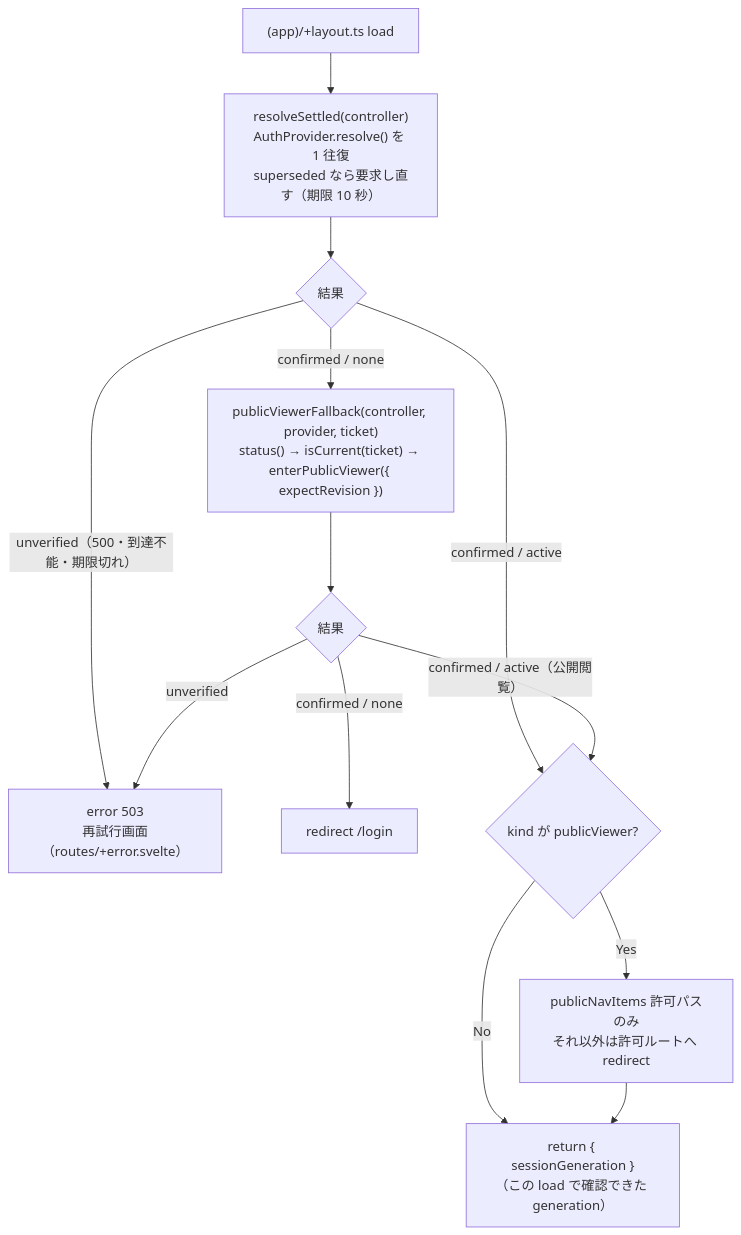
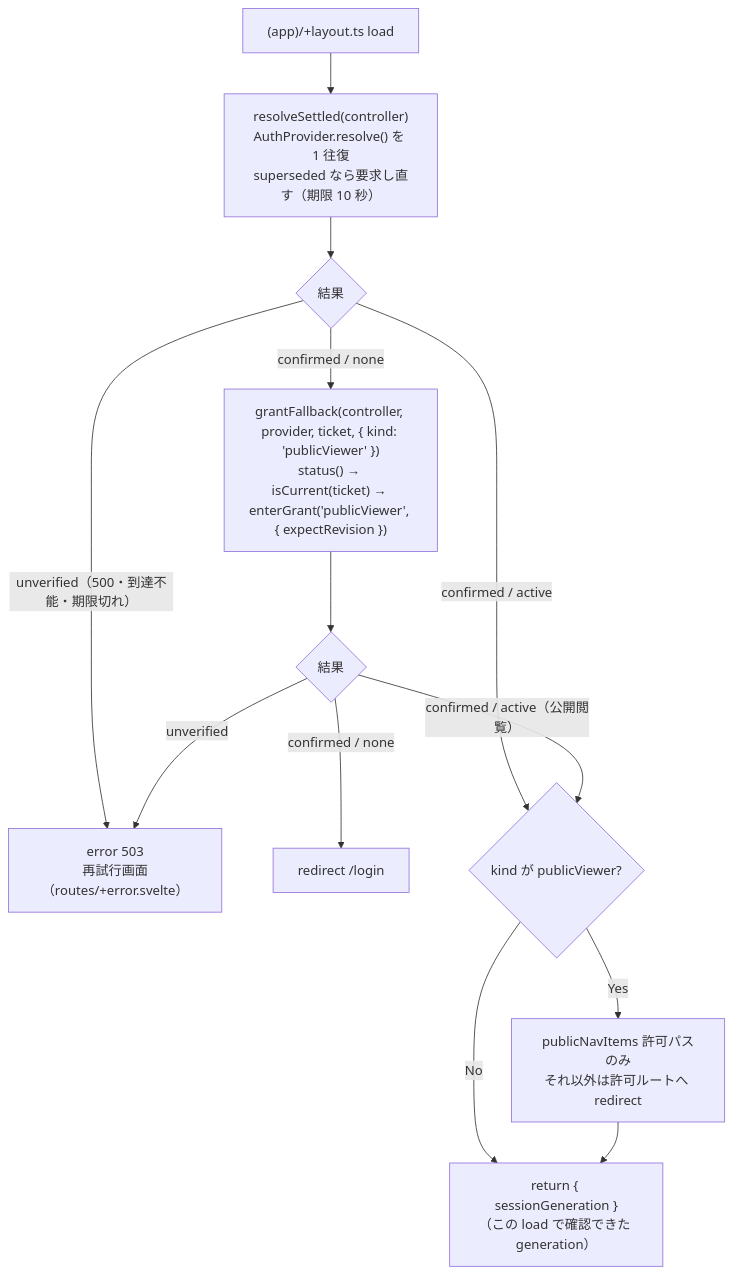
The second of 11 diagrams in docs/architecture-flows.md (tyaro/banto), drawn with Mermaid before and after one commit. The commit also changed other lines of this file and 25 other files, not shown here.

````diff
--- a/docs/architecture-flows.md
+++ b/docs/architecture-flows.md
@@ -56,26 +56,26 @@
 ```mermaid
 flowchart TD
   GUARD["(app)/+layout.ts load"]
   RESOLVE["resolveSettled(controller)<br/>AuthProvider.resolve() を 1 往復<br/>superseded なら要求し直す（期限 10 秒）"]
   R1{"結果"}
   E503["error 503<br/>再試行画面（routes/+error.svelte）"]
-  PVF["publicViewerFallback(controller, provider, ticket)<br/>status() → isCurrent(ticket) → enterPublicViewer({ expectRevision })"]
+  PVF["grantFallback(controller, provider, ticket, { kind: 'publicViewer' })<br/>status() → isCurrent(ticket) → enterGrant('publicViewer', { expectRevision })"]
   R2{"結果"}
   LOGIN["redirect /login"]
   ALLOW{"kind が publicViewer?"}
   NAV["publicNavItems 許可パスのみ<br/>それ以外は許可ルートへ redirect"]
   RET["return { sessionGeneration }<br/>（この load で確認できた generation）"]
 
   GUARD --> RESOLVE
   RESOLVE --> R1
   R1 -->|"unverified（500・到達不能・期限切れ）"| E503
   R1 -->|"confirmed / active"| ALLOW
   R1 -->|"confirmed / none"| PVF
   PVF --> R2
   R2 -->|unverified| E503
   R2 -->|"confirmed / none"| LOGIN
   R2 -->|"confirmed / active（公開閲覧）"| ALLOW
   ALLOW -->|Yes| NAV
   ALLOW -->|No| RET
   NAV --> RET
 ```
````
